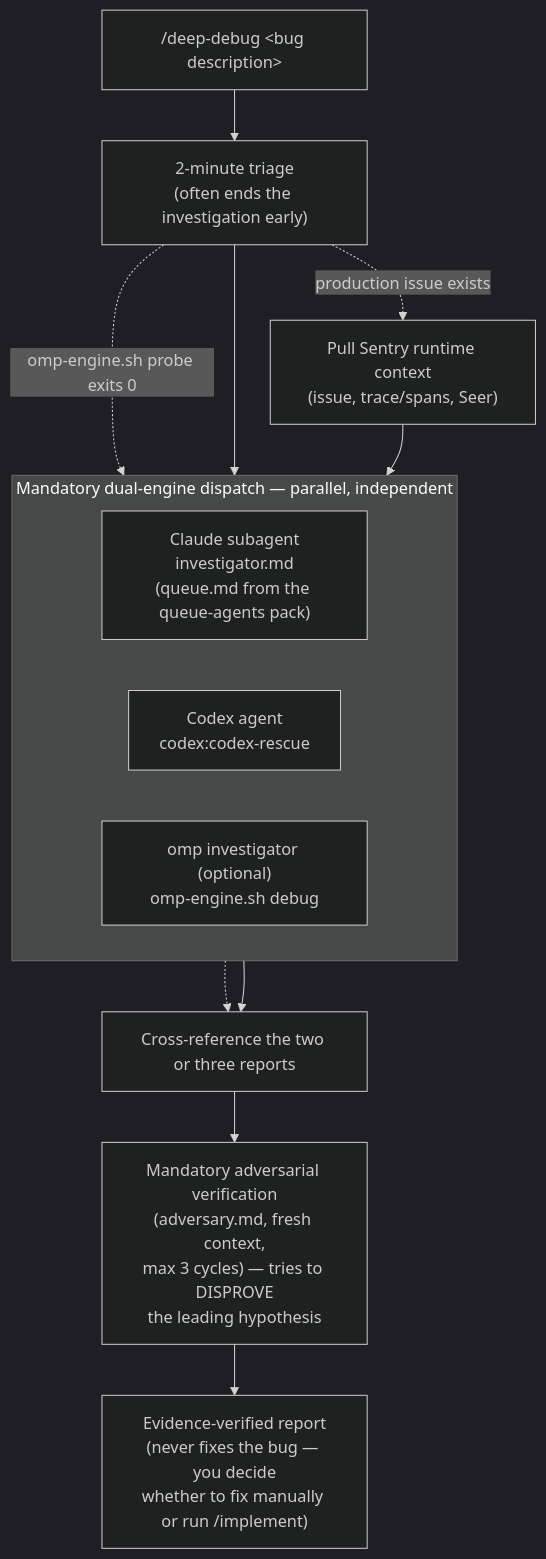
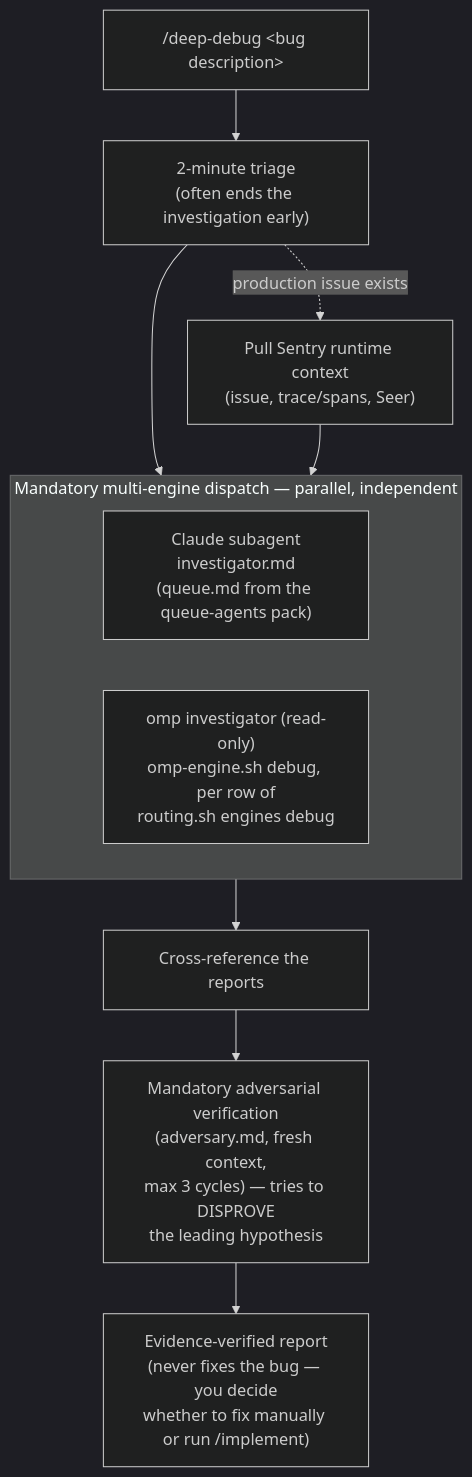
The diagram in agents/debug/README.md (nodera-studio/agent-os), drawn with Mermaid (dark theme) before and after one commit. The commit also changed other lines of this file and 2 other files, not shown here.

Commit message:
Move the debug flow to Claude plus the omp investigator
The deep-debug orchestrator dispatches the Claude investigator and the omp
engines that routing.sh engines debug returns, instead of a hard-coded Codex
agent plus an optional omp pass. The adversary attacks the leading hypothesis on
a different engine than the one that wrote it, omp reports are untrusted
analysis text, and a skipped engine is disclosed instead of faked.

````diff
--- a/agents/debug/README.md
+++ b/agents/debug/README.md
@@ -5,20 +5,17 @@
 ```mermaid
 flowchart TD
     B["/deep-debug &lt;bug description&gt;"] --> T["2-minute triage<br/>(often ends the investigation early)"]
     T -.->|"production issue exists"| SEN["Pull Sentry runtime context<br/>(issue, trace/spans, Seer)"]
     T --> ENGINES
     SEN --> ENGINES
 
-    subgraph ENGINES["Mandatory dual-engine dispatch — parallel, independent"]
+    subgraph ENGINES["Mandatory multi-engine dispatch — parallel, independent"]
         direction LR
         C["Claude subagent<br/>investigator.md<br/>(queue.md from the queue-agents pack)"]
-        X["Codex agent<br/>codex:codex-rescue"]
-        O["omp investigator (optional)<br/>omp-engine.sh debug"]
+        O["omp investigator (read-only)<br/>omp-engine.sh debug, per row of<br/>routing.sh engines debug"]
     end
 
-    T -.->|"omp-engine.sh probe exits 0"| O
-    ENGINES --> M["Cross-reference the two or three reports"]
-    O -.-> M
+    ENGINES --> M["Cross-reference the reports"]
     M --> ADV["Mandatory adversarial verification<br/>(adversary.md, fresh context,<br/>max 3 cycles) — tries to DISPROVE<br/>the leading hypothesis"]
     ADV --> RC["Evidence-verified report<br/>(never fixes the bug — you decide<br/>whether to fix manually or run /implement)"]
 ```
````
